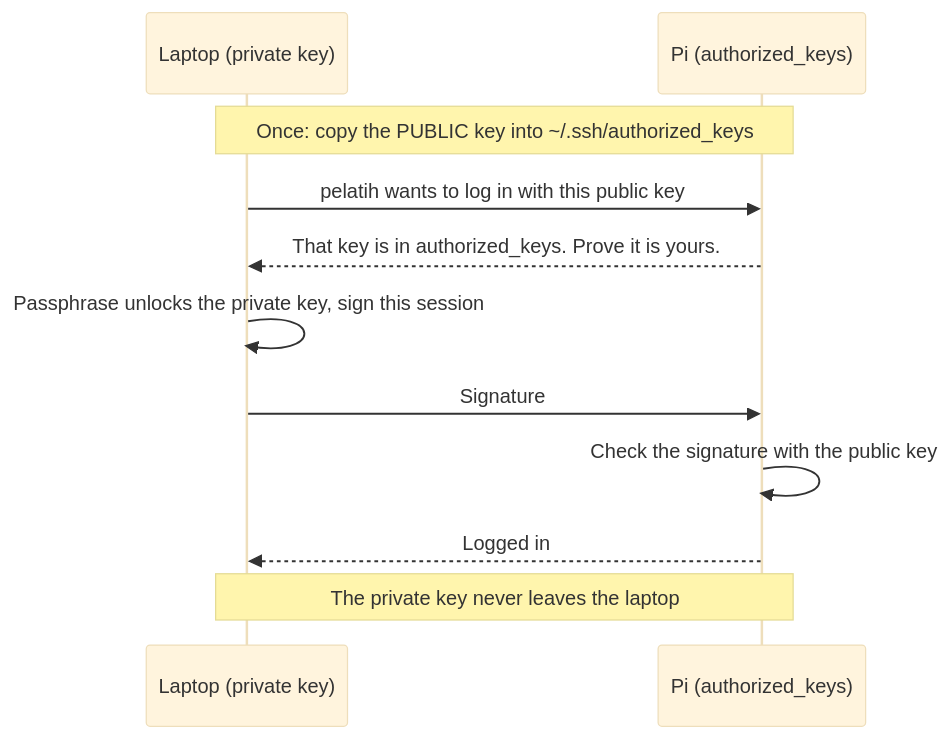
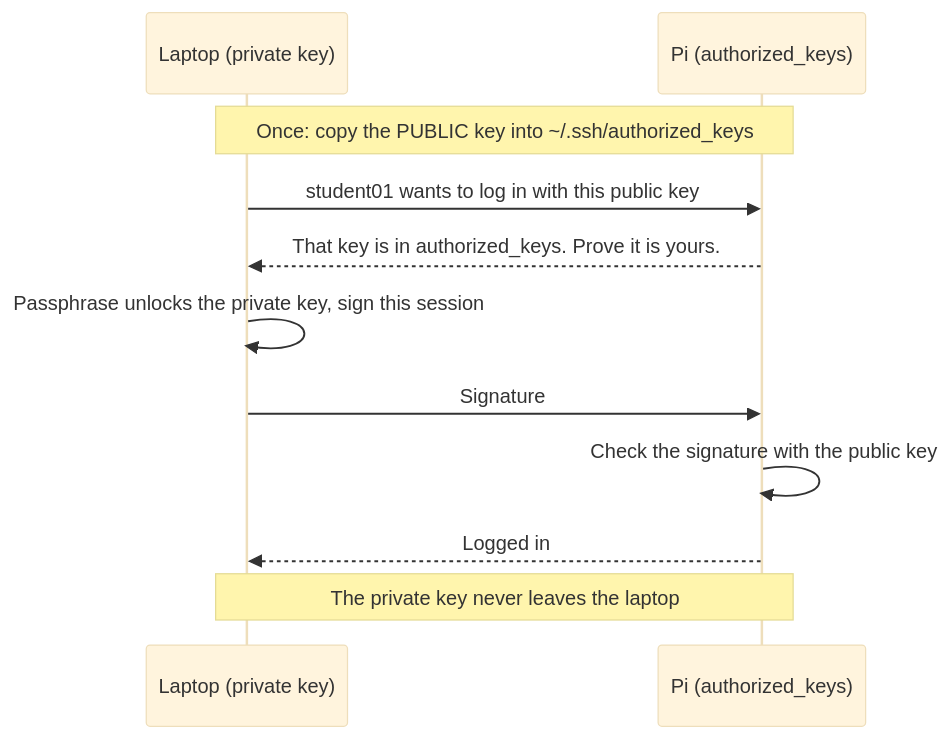
Before and after one commit to luqmanyusof/industrial-iot-raspberry-pi: the seventh of 14 diagrams in day1.md, drawn with Mermaid (base theme). The commit also changed other lines of this file and 17 other files, not shown here.

````diff
--- a/day1.md
+++ b/day1.md
@@ -702,13 +704,13 @@
 ```mermaid
 sequenceDiagram
     participant L as Laptop (private key)
     participant P as Pi (authorized_keys)
     Note over L,P: Once: copy the PUBLIC key into ~/.ssh/authorized_keys
-    L->>P: pelatih wants to log in with this public key
+    L->>P: student01 wants to log in with this public key
     P-->>L: That key is in authorized_keys. Prove it is yours.
     L->>L: Passphrase unlocks the private key, sign this session
     L->>P: Signature
     P->>P: Check the signature with the public key
     P-->>L: Logged in
     Note over L,P: The private key never leaves the laptop
 ```
````
